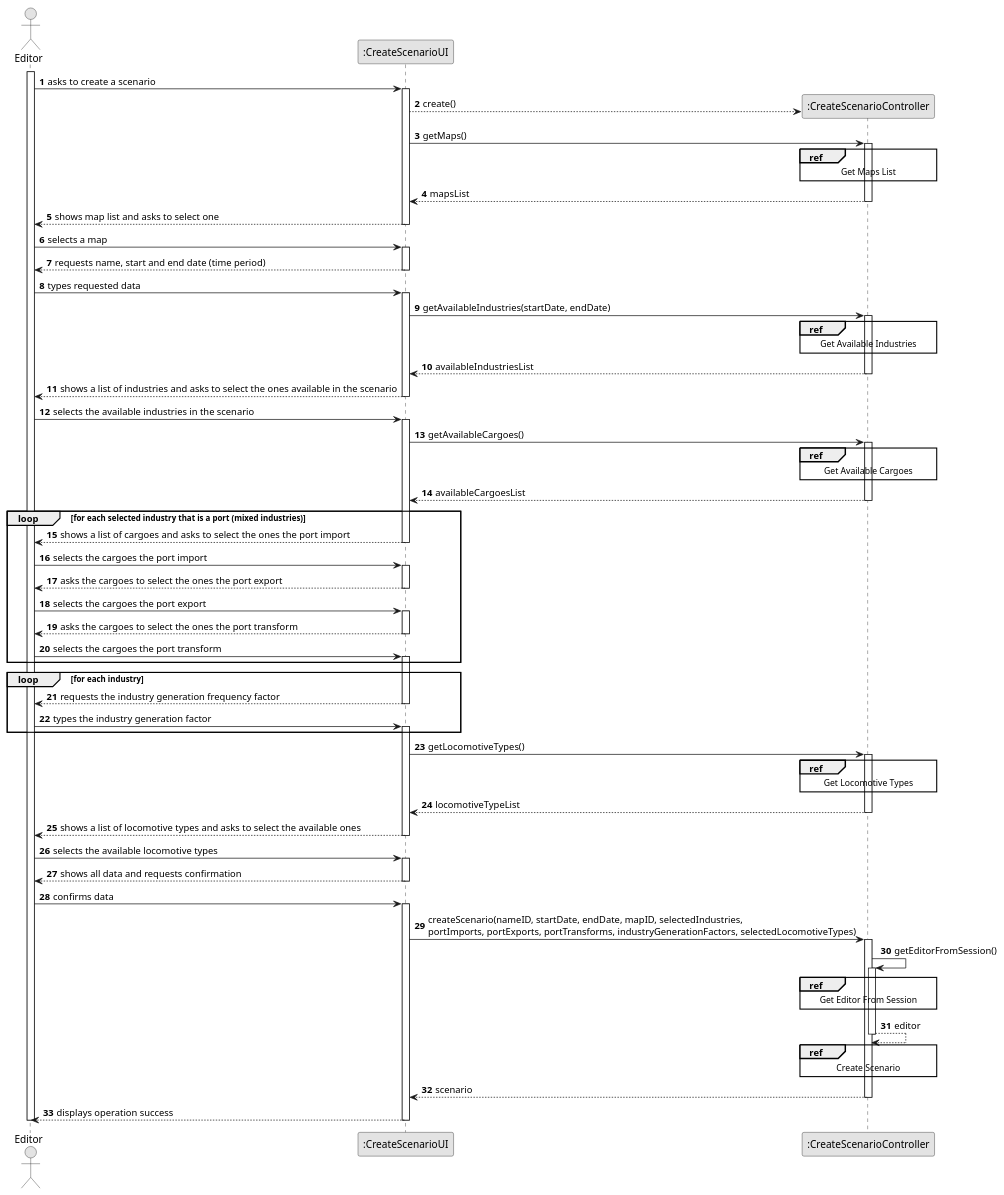
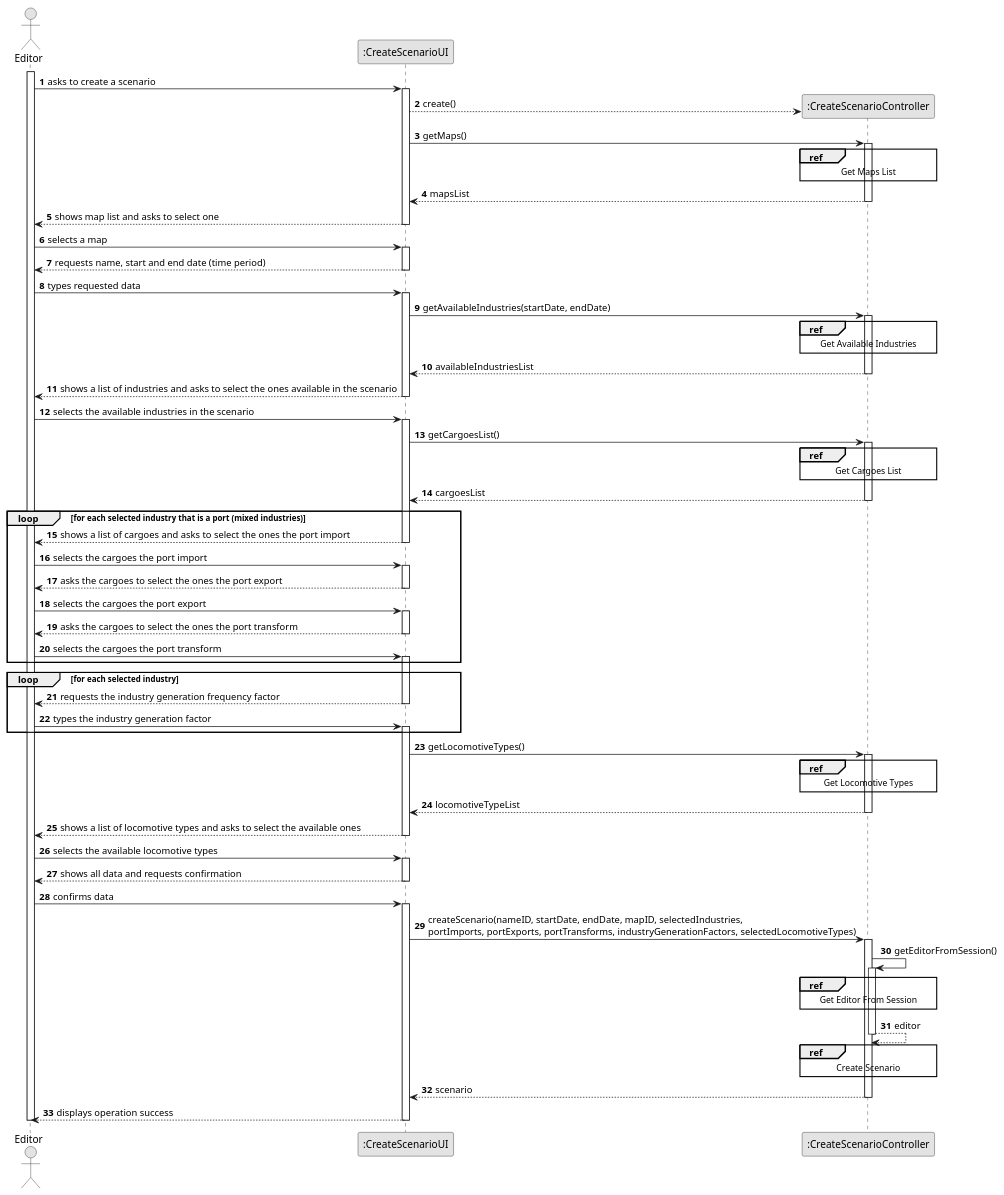
One commit to HenriqueSilva18/Railway-Network-Simulator changed the diagram in docs/system-documentation/Sprint 2/US04/03.design/puml/US04-SD-split.puml. Above: the diagram before and after it, drawn with PlantUML. The commit also changed 1 other file, not shown here.

```diff
--- a/docs/system-documentation/Sprint 2/US04/03.design/puml/US04-SD-split.puml
+++ b/docs/system-documentation/Sprint 2/US04/03.design/puml/US04-SD-split.puml
@@ -1,129 +1,129 @@
 @startuml
 skinparam monochrome true
 skinparam packageStyle rectangle
 skinparam shadowing false
 
 autonumber
 
 'hide footbox
 actor "Editor" as EDITOR
 participant ":CreateScenarioUI" as UI
 participant ":CreateScenarioController" as CTRL
 
 activate EDITOR
 
     EDITOR -> UI : asks to create a scenario
     activate UI
         UI --> CTRL** : create()
 
         UI -> CTRL : getMaps()
         ref over CTRL
             Get Maps List
         end ref
 
         activate CTRL
             CTRL --> UI : mapsList
         deactivate CTRL
 
         UI --> EDITOR : shows map list and asks to select one
     deactivate UI
 
     EDITOR -> UI : selects a map
     activate UI
         UI --> EDITOR : requests name, start and end date (time period)
     deactivate UI
 
     EDITOR -> UI : types requested data
     activate UI
         UI -> CTRL : getAvailableIndustries(startDate, endDate)
         ref over CTRL
             Get Available Industries
         end ref
 
         activate CTRL
             CTRL --> UI : availableIndustriesList
         deactivate CTRL
 
         UI --> EDITOR : shows a list of industries and asks to select the ones available in the scenario
     deactivate UI
 
     EDITOR -> UI : selects the available industries in the scenario
     activate UI
-        UI -> CTRL : getAvailableCargoes()
+        UI -> CTRL : getCargoesList()
         ref over CTRL
-            Get Available Cargoes
+            Get Cargoes List
         end ref
 
         activate CTRL
-            CTRL --> UI : availableCargoesList
+            CTRL --> UI : cargoesList
         deactivate CTRL
 
         loop for each selected industry that is a port (mixed industries)
             UI --> EDITOR : shows a list of cargoes and asks to select the ones the port import
             deactivate UI
 
             EDITOR -> UI : selects the cargoes the port import
             activate UI
                 UI --> EDITOR : asks the cargoes to select the ones the port export
             deactivate UI
 
             EDITOR -> UI : selects the cargoes the port export
             activate UI
                 UI --> EDITOR : asks the cargoes to select the ones the port transform
             deactivate UI
 
             EDITOR -> UI : selects the cargoes the port transform
             activate UI
         end
 
-        loop for each industry
+        loop for each selected industry
             UI --> EDITOR : requests the industry generation frequency factor
             deactivate UI
 
             EDITOR -> UI : types the industry generation factor
             activate UI
         end
 
         UI -> CTRL : getLocomotiveTypes()
         ref over CTRL
             Get Locomotive Types
         end ref
 
         activate CTRL
             CTRL --> UI : locomotiveTypeList
         deactivate CTRL
 
         UI --> EDITOR : shows a list of locomotive types and asks to select the available ones
     deactivate UI
 
     EDITOR -> UI : selects the available locomotive types
     activate UI
         UI --> EDITOR : shows all data and requests confirmation
     deactivate UI
 
     EDITOR -> UI : confirms data
     activate UI
         UI -> CTRL : createScenario(nameID, startDate, endDate, mapID, selectedIndustries, \nportImports, portExports, portTransforms, industryGenerationFactors, selectedLocomotiveTypes)
         activate CTRL
             CTRL -> CTRL : getEditorFromSession()
             ref over CTRL
                 Get Editor From Session
             end ref
 
             activate CTRL
                 CTRL --> CTRL : editor
             deactivate CTRL
 
             ref over CTRL
                 Create Scenario
             end ref
 
             CTRL --> UI : scenario
         deactivate CTRL
 
         UI --> EDITOR : displays operation success
     deactivate UI
 
 deactivate EDITOR
 
 @enduml 
```
